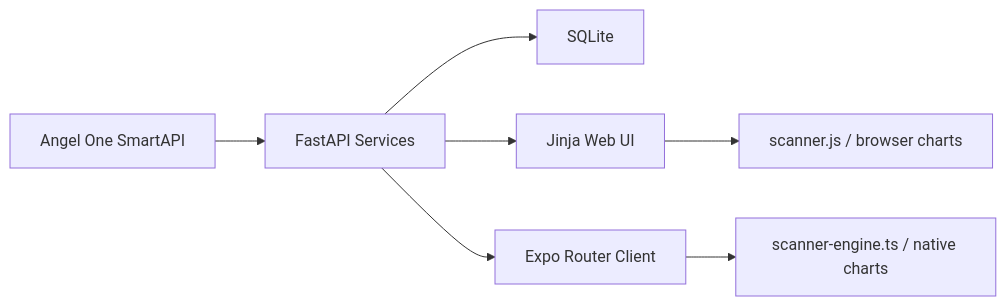
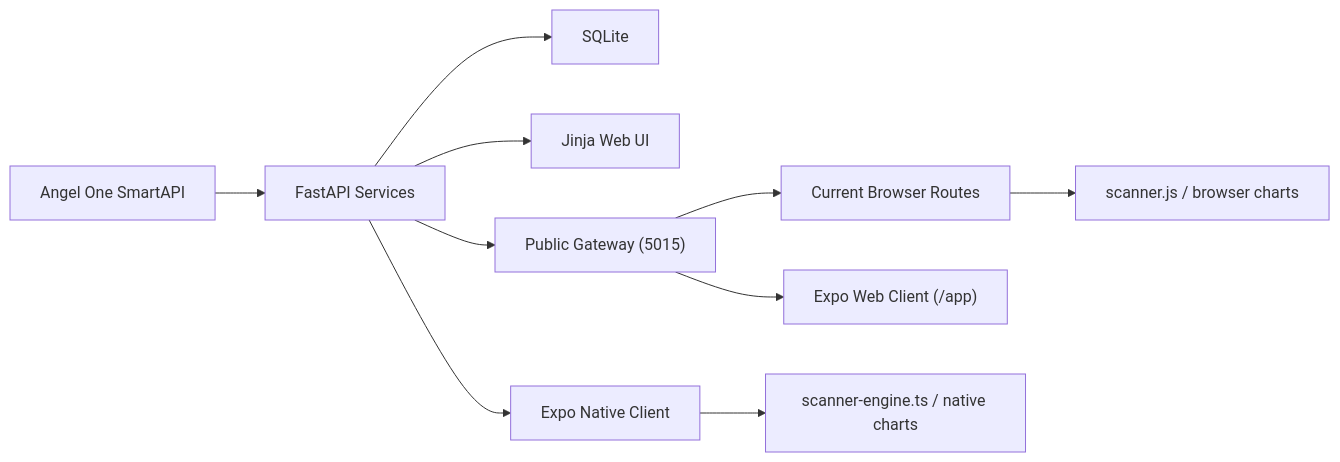
Before and after one commit to Lee12389/stockScreener: the first of 3 diagrams in docs/architecture.md, drawn with Mermaid. The commit also changed other lines of this file and 17 other files, not shown here.

Commit message:
Add public web gateway deployment split

````diff
--- a/docs/architecture.md
+++ b/docs/architecture.md
@@ -15,9 +16,12 @@
 ```mermaid
 flowchart LR
     Broker["Angel One SmartAPI"] --> Backend["FastAPI Services"]
     Backend --> DB["SQLite"]
-    Backend --> Web["Jinja Web UI"]
-    Backend --> Expo["Expo Router Client"]
+    Backend --> LegacyWeb["Jinja Web UI"]
+    Backend --> Gateway["Public Gateway (5015)"]
+    Gateway --> Web["Current Browser Routes"]
+    Gateway --> ExpoWeb["Expo Web Client (/app)"]
+    Backend --> Expo["Expo Native Client"]
     Web --> BrowserEngine["scanner.js / browser charts"]
     Expo --> NativeEngine["scanner-engine.ts / native charts"]
 ```
````
